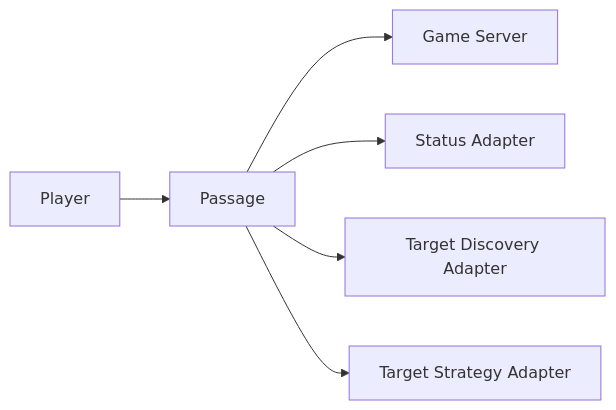
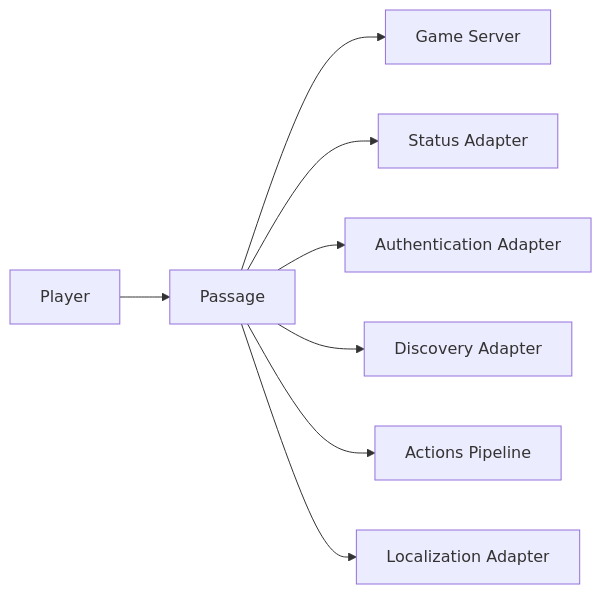
One commit to scrayosnet/passage changed the first of 3 diagrams in .docs/src/content/docs/overview/architecture.md. Above: the diagram before and after it, drawn with Mermaid. The commit also changed other lines of this file and 89 other files, not shown here.

````diff
--- a/.docs/src/content/docs/overview/architecture.md
+++ b/.docs/src/content/docs/overview/architecture.md
@@ -12,9 +12,11 @@
 ```mermaid
 flowchart LR
     Player[Player] --> Passage[Passage]
     Passage --> GameServer[Game Server]
 
     Passage --> Status[Status Adapter]
-    Passage --> Discovery[Target Discovery Adapter]
-    Passage --> Strategy[Target Strategy Adapter]
+    Passage --> Auth[Authentication Adapter]
+    Passage --> Discovery[Discovery Adapter]
+    Passage --> Actions[Actions Pipeline]
+    Passage --> Localization[Localization Adapter]
 ```
````
